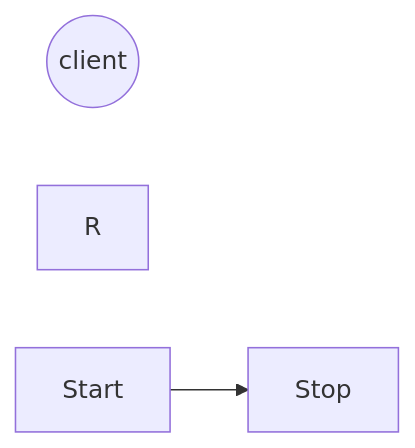
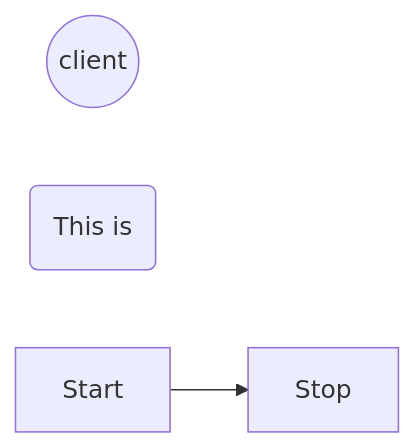
The diagram in all/未命名-7.md (googlelxhgithub/iodraw-files), drawn with Mermaid before and after one commit.

Commit message:
2024-08-30 19:00:20 update

````diff
--- a/all/未命名-7.md
+++ b/all/未命名-7.md
@@ -1,7 +1,7 @@
 ```mermaid
 flowchart LR
     C((client))
-    R
+    R(This is )
     Start --> Stop
   
 ```
````
